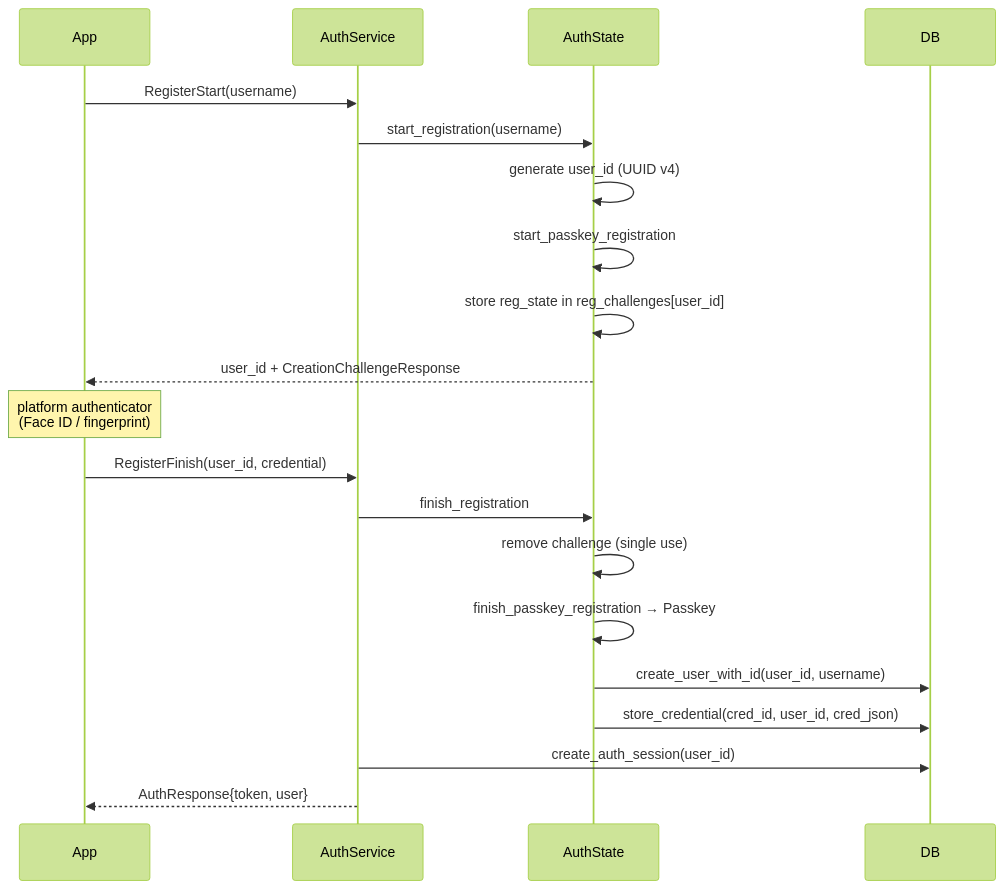
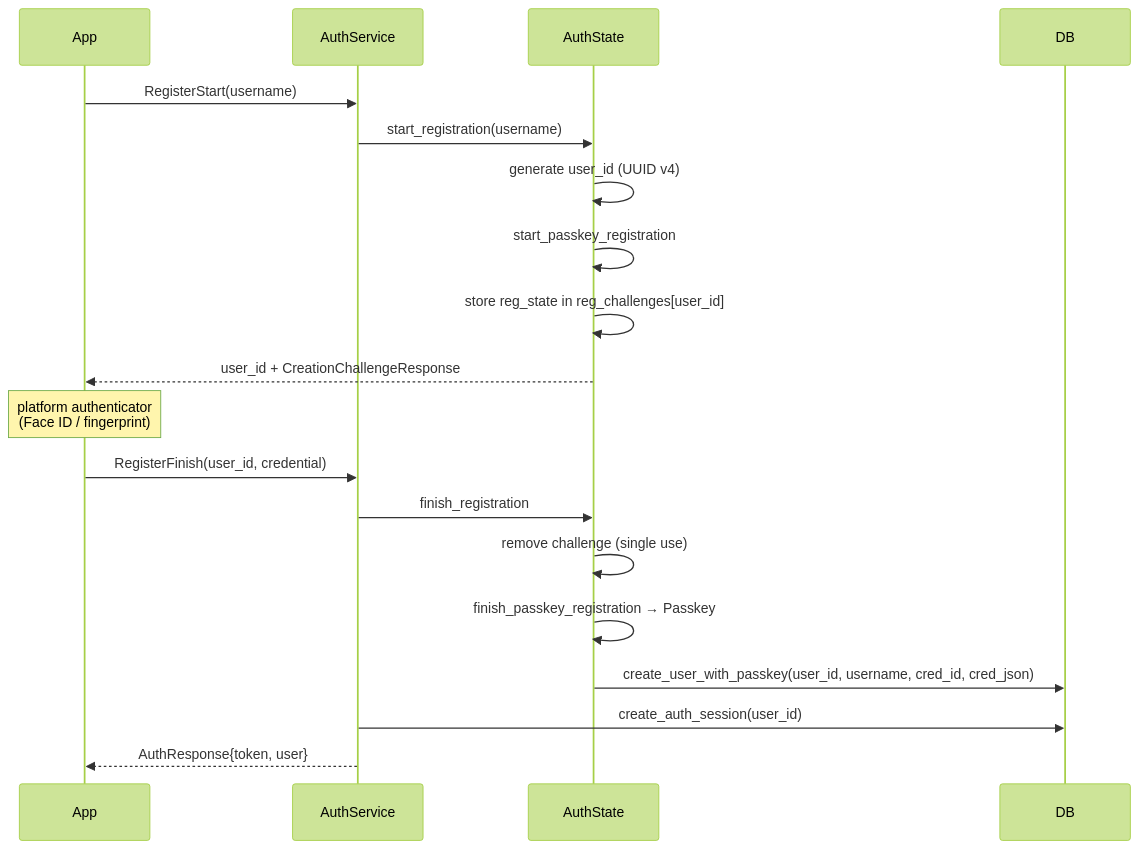
One commit to brensch/lift changed the second of 4 diagrams in docs/architecture/auth.md. Above: the diagram before and after it, drawn with Mermaid (forest theme). The commit also changed other lines of this file and 11 other files, not shown here.

````diff
--- a/docs/architecture/auth.md
+++ b/docs/architecture/auth.md
@@ -39,25 +40,24 @@
 ```mermaid
 sequenceDiagram
     participant App
     participant S as AuthService
     participant A as AuthState
     participant DB
 
     App->>S: RegisterStart(username)
     S->>A: start_registration(username)
     A->>A: generate user_id (UUID v4)
     A->>A: start_passkey_registration
     A->>A: store reg_state in reg_challenges[user_id]
     A-->>App: user_id + CreationChallengeResponse
 
     Note over App: platform authenticator<br/>(Face ID / fingerprint)
 
     App->>S: RegisterFinish(user_id, credential)
     S->>A: finish_registration
     A->>A: remove challenge (single use)
     A->>A: finish_passkey_registration → Passkey
-    A->>DB: create_user_with_id(user_id, username)
-    A->>DB: store_credential(cred_id, user_id, cred_json)
+    A->>DB: create_user_with_passkey(user_id, username, cred_id, cred_json)
     S->>DB: create_auth_session(user_id)
     S-->>App: AuthResponse{token, user}
 ```
````
